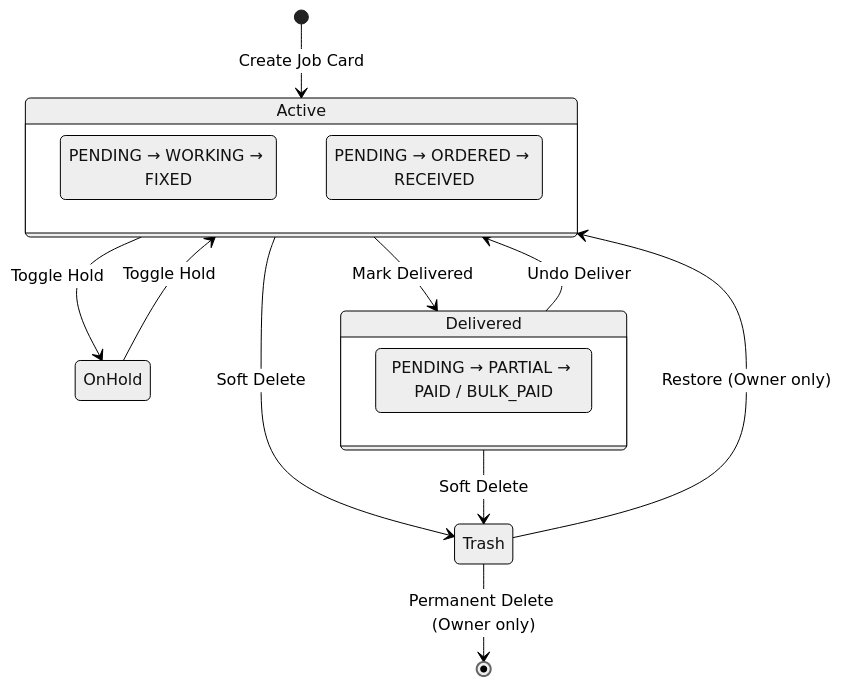
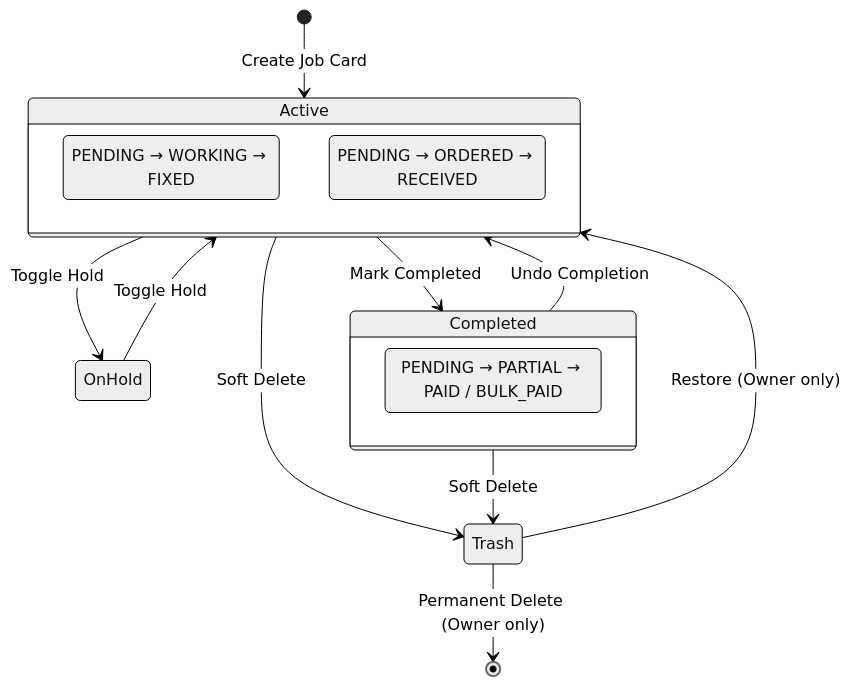
One commit to Irshaduu/WorkshopOS changed the fifth of 6 diagrams in MASTER_BLUEPRINT.md. Above: the diagram before and after it, drawn with Mermaid (neutral theme). The commit also changed other lines of this file and 39 other files, not shown here.

First line of the commit message:
refactor: rename job-card "Delivered" status to "Completed"; fix bill-number sequencing past 999

````diff
--- a/MASTER_BLUEPRINT.md
+++ b/MASTER_BLUEPRINT.md
@@ -380,21 +380,21 @@
 ```mermaid
 stateDiagram-v2
     [*] --> Active: Create Job Card
     Active --> OnHold: Toggle Hold
     OnHold --> Active: Toggle Hold
-    Active --> Delivered: Mark Delivered
-    Delivered --> Active: Undo Deliver
+    Active --> Completed: Mark Completed
+    Completed --> Active: Undo Completion
     Active --> Trash: Soft Delete
-    Delivered --> Trash: Soft Delete
+    Completed --> Trash: Soft Delete
     Trash --> Active: Restore (Owner only)
     Trash --> [*]: Permanent Delete (Owner only)
 
     state Active {
         Concerns: PENDING → WORKING → FIXED
         Spares: PENDING → ORDERED → RECEIVED
     }
 
-    state Delivered {
+    state Completed {
         Payment: PENDING → PARTIAL → PAID / BULK_PAID
     }
 ```
````
